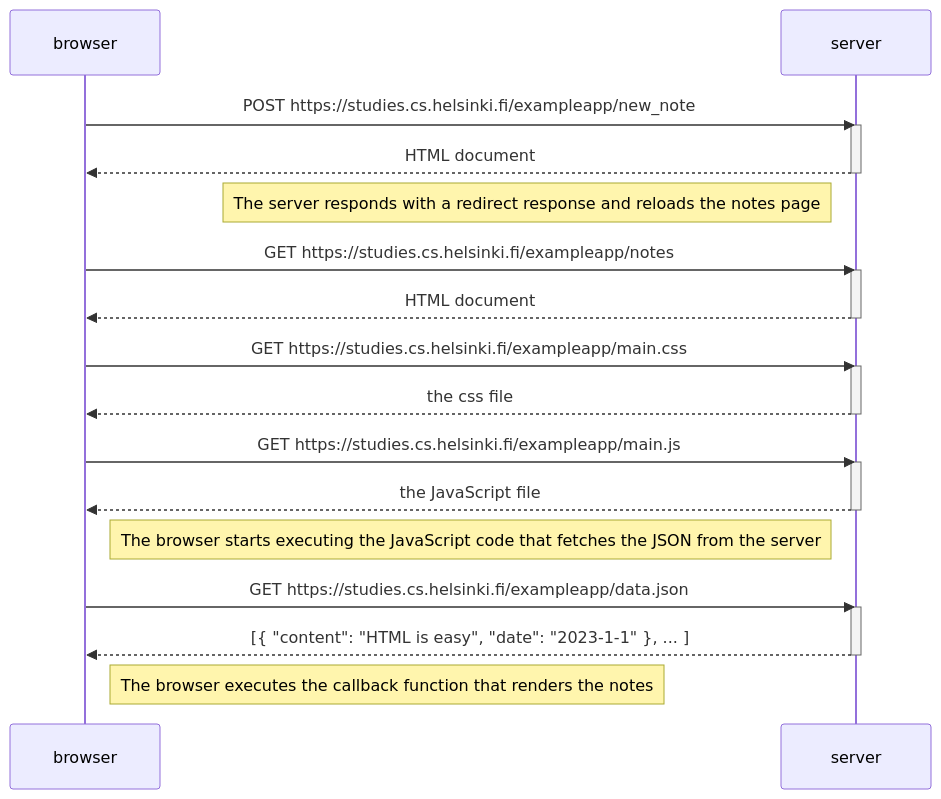
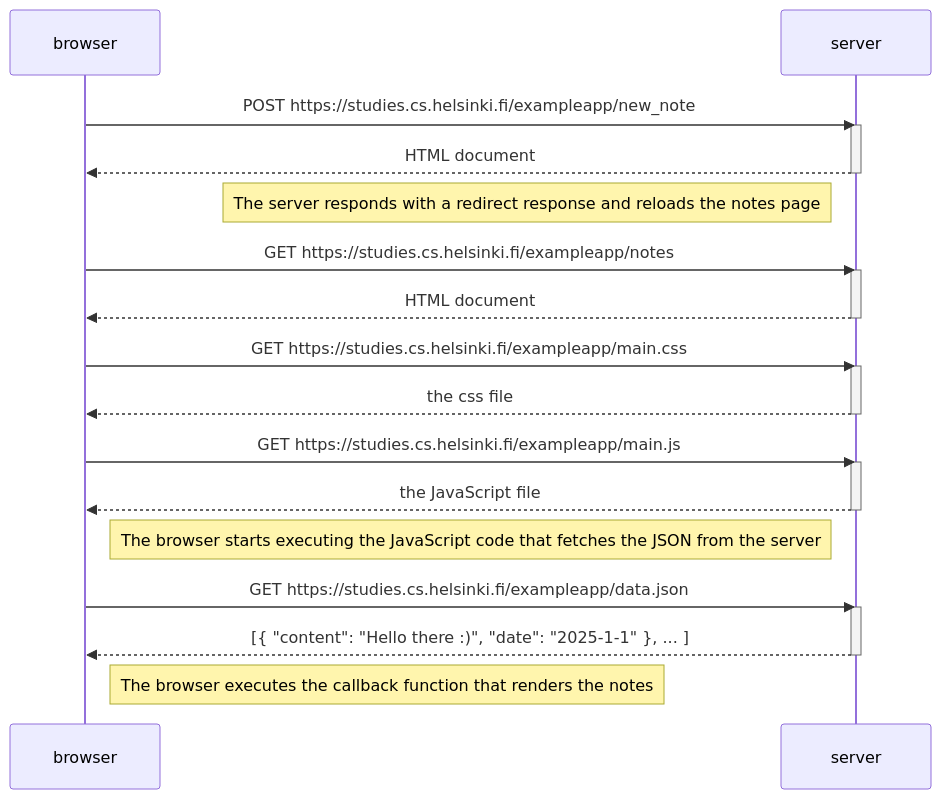
Before and after one commit to Eoyie/Full-Stack-teht: the diagram in osa0/Sekvenssikaaviot/uusi_muistiinpano.md, drawn with Mermaid.

````diff
--- a/osa0/Sekvenssikaaviot/uusi_muistiinpano.md
+++ b/osa0/Sekvenssikaaviot/uusi_muistiinpano.md
@@ -1,36 +1,36 @@
 ```mermaid
 sequenceDiagram
     participant browser
     participant server
     
     browser->>server: POST https://studies.cs.helsinki.fi/exampleapp/new_note
     activate server
     server-->>browser: HTML document
     deactivate server
 
     Note left of server: The server responds with a redirect response and reloads the notes page
 
     browser->>server: GET https://studies.cs.helsinki.fi/exampleapp/notes
     activate server
     server-->>browser: HTML document
     deactivate server
     
     browser->>server: GET https://studies.cs.helsinki.fi/exampleapp/main.css
     activate server
     server-->>browser: the css file
     deactivate server
     
     browser->>server: GET https://studies.cs.helsinki.fi/exampleapp/main.js
     activate server
     server-->>browser: the JavaScript file
     deactivate server
     
     Note right of browser: The browser starts executing the JavaScript code that fetches the JSON from the server
     
     browser->>server: GET https://studies.cs.helsinki.fi/exampleapp/data.json
     activate server
-    server-->>browser: [{ "content": "HTML is easy", "date": "2023-1-1" }, ... ]
+    server-->>browser: [{ "content": "Hello there :)", "date": "2025-1-1" }, ... ]
     deactivate server    
 
     Note right of browser: The browser executes the callback function that renders the notes 
 ```
````
